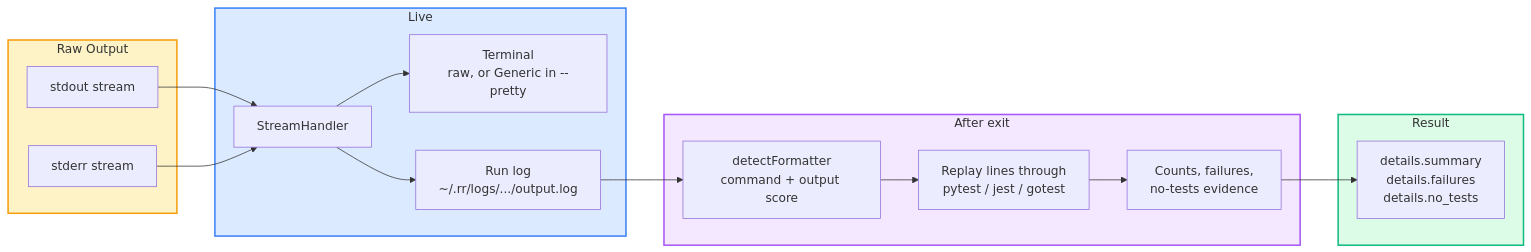
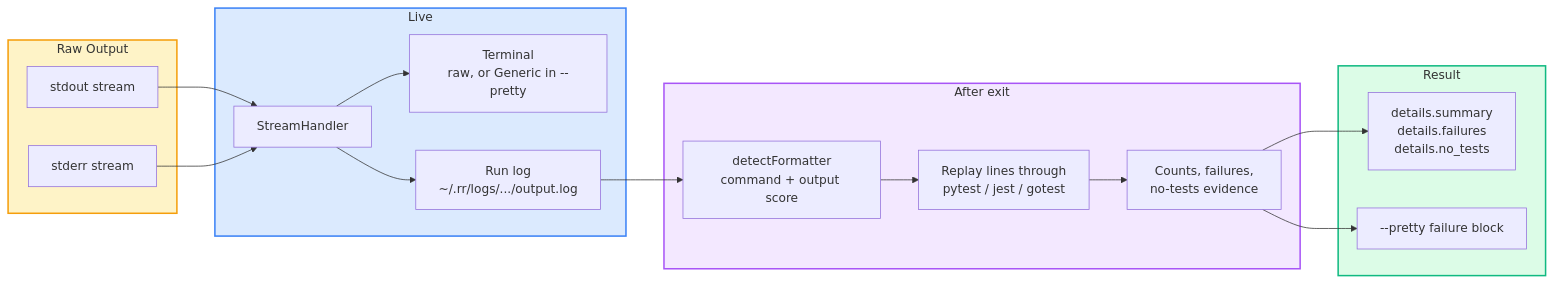
Before and after one commit to rileyhilliard/rr: the seventh of 8 diagrams in docs/ARCHITECTURE.md, drawn with Mermaid. The commit also changed other lines of this file and 78 other files, not shown here.

````diff
--- a/docs/ARCHITECTURE.md
+++ b/docs/ARCHITECTURE.md
@@ -1416,37 +1388,39 @@
 ```mermaid
 flowchart LR
     subgraph input["Raw Output"]
         stdout[stdout stream]
         stderr[stderr stream]
     end
 
     subgraph live["Live"]
         stream[StreamHandler]
         term[Terminal<br/>raw, or Generic in --pretty]
         log[Run log<br/>~/.rr/logs/.../output.log]
     end
 
     subgraph post["After exit"]
         detect[detectFormatter<br/>command + output score]
         parse[Replay lines through<br/>pytest / jest / gotest]
         extract[Counts, failures,<br/>no-tests evidence]
     end
 
     subgraph result["Result"]
         details[details.summary<br/>details.failures<br/>details.no_tests]
+        block[--pretty failure block]
     end
 
     stdout --> stream
     stderr --> stream
     stream --> term
     stream --> log
     log --> detect
     detect --> parse
     parse --> extract
     extract --> details
+    extract --> block
 
     style input fill:#fef3c7,stroke:#f59e0b,stroke-width:2px
     style live fill:#dbeafe,stroke:#3b82f6,stroke-width:2px
     style post fill:#f3e8ff,stroke:#a855f7,stroke-width:2px
     style result fill:#dcfce7,stroke:#10b981,stroke-width:2px
 ```
````
